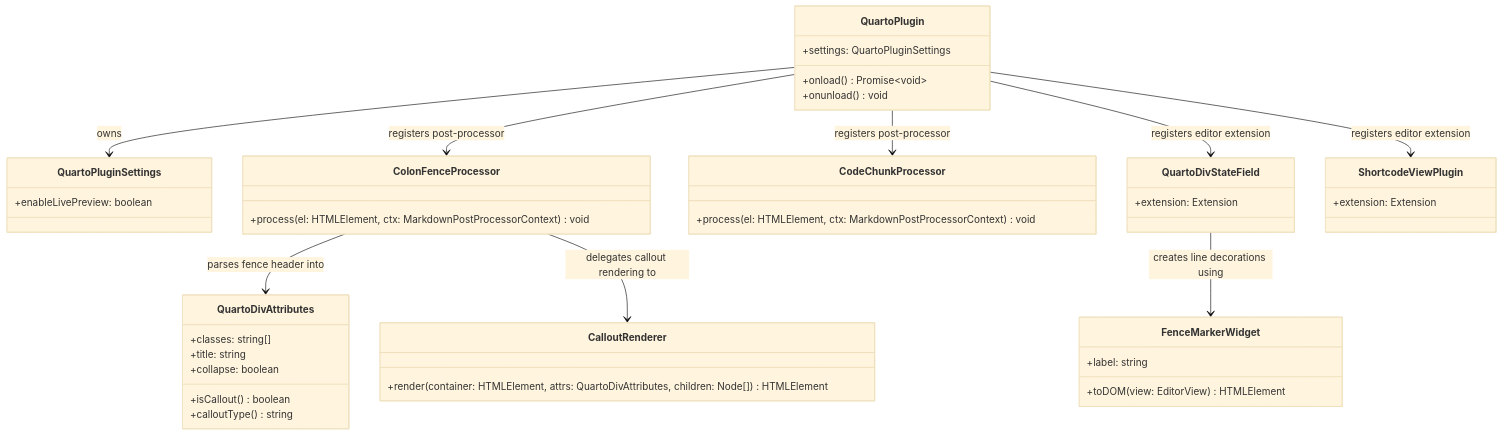
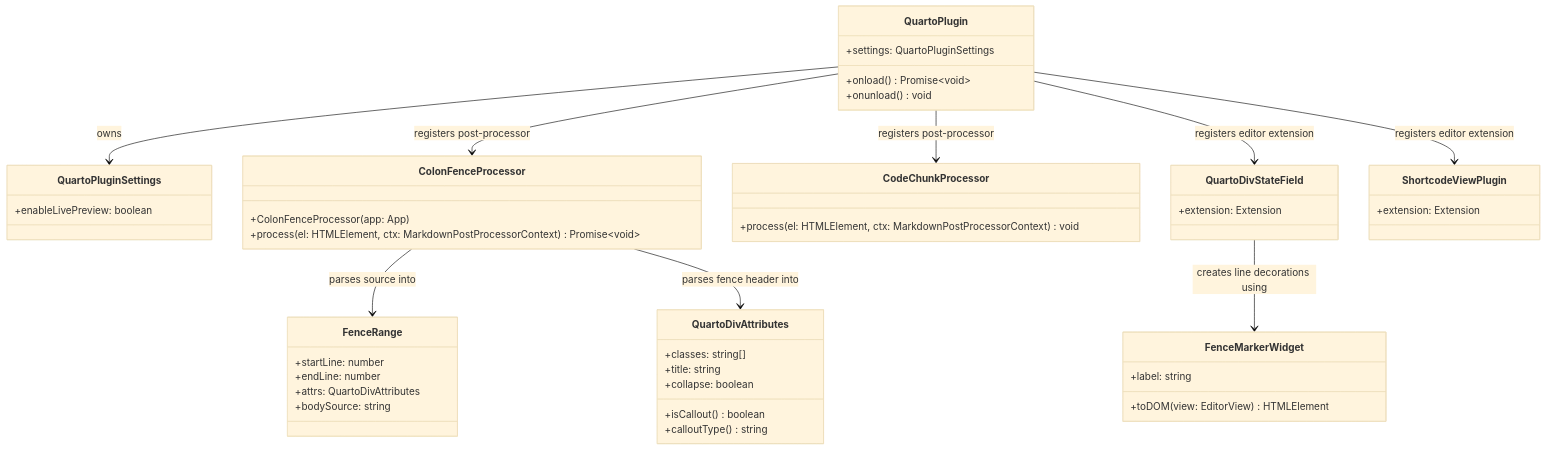
One commit to rpuncel/obsidian-qmd-plugin changed the diagram in spdd/prompt/GGQPA-XXX-202605010000-[Feat]-plugin-quarto-markdown-obsidian-support.md. Above: the diagram before and after it, drawn with Mermaid (base theme). The commit also changed other lines of this file, not shown here.

````diff
--- a/spdd/prompt/GGQPA-XXX-202605010000-[Feat]-plugin-quarto-markdown-obsidian-support.md
+++ b/spdd/prompt/GGQPA-XXX-202605010000-[Feat]-plugin-quarto-markdown-obsidian-support.md
@@ -20,56 +20,60 @@
 ```mermaid
 classDiagram
 direction TB
 
 class QuartoPlugin {
     +settings: QuartoPluginSettings
     +onload() Promise~void~
     +onunload() void
 }
 
 class QuartoPluginSettings {
     +enableLivePreview: boolean
 }
 
 class QuartoDivAttributes {
     +classes: string[]
     +title: string
     +collapse: boolean
     +isCallout() boolean
     +calloutType() string
 }
 
-class ColonFenceProcessor {
-    +process(el: HTMLElement, ctx: MarkdownPostProcessorContext) void
+class FenceRange {
+    +startLine: number
+    +endLine: number
+    +attrs: QuartoDivAttributes
+    +bodySource: string
 }
 
-class CalloutRenderer {
-    +render(container: HTMLElement, attrs: QuartoDivAttributes, children: Node[]) HTMLElement
+class ColonFenceProcessor {
+    +ColonFenceProcessor(app: App)
+    +process(el: HTMLElement, ctx: MarkdownPostProcessorContext) Promise~void~
 }
 
 class CodeChunkProcessor {
     +process(el: HTMLElement, ctx: MarkdownPostProcessorContext) void
 }
 
 class QuartoDivStateField {
     +extension: Extension
 }
 
 class ShortcodeViewPlugin {
     +extension: Extension
 }
 
 class FenceMarkerWidget {
     +label: string
     +toDOM(view: EditorView) HTMLElement
 }
 
 QuartoPlugin --> QuartoPluginSettings : owns
 QuartoPlugin --> ColonFenceProcessor : registers post-processor
 QuartoPlugin --> CodeChunkProcessor : registers post-processor
 QuartoPlugin --> QuartoDivStateField : registers editor extension
 QuartoPlugin --> ShortcodeViewPlugin : registers editor extension
+ColonFenceProcessor --> FenceRange : parses source into
 ColonFenceProcessor --> QuartoDivAttributes : parses fence header into
-ColonFenceProcessor --> CalloutRenderer : delegates callout rendering to
 QuartoDivStateField --> FenceMarkerWidget : creates line decorations using
 ```
````
